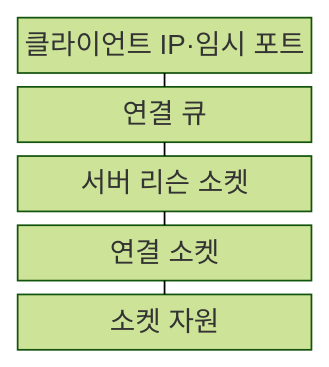
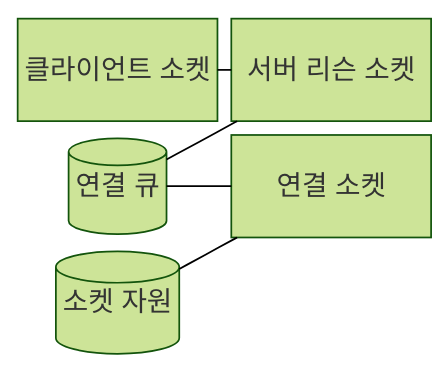
One commit to agnusdei1207/knowledge-base changed the first of 2 diagrams in src/content/docs/notes/04-network/029_port_socket_communication.md. Above: the diagram before and after it, drawn with Mermaid (forest theme). The commit also changed other lines of this file and 20 other files, not shown here.

````diff
--- a/src/content/docs/notes/04-network/029_port_socket_communication.md
+++ b/src/content/docs/notes/04-network/029_port_socket_communication.md
@@ -58,13 +59,13 @@
 ```mermaid
-block-beta
-    columns 1
-    A["클라이언트 IP·임시 포트"]
-    B["연결 큐"]
-    C["서버 리슨 소켓"]
+block
+    columns 2
+    A["클라이언트 소켓"]
+    B["서버 리슨 소켓"]
+    C[("연결 큐")]
     D["연결 소켓"]
-    E["소켓 자원"]
+    E[("소켓 자원")]
     A --- B
     B --- C
     C --- D
     D --- E
 ```
````
